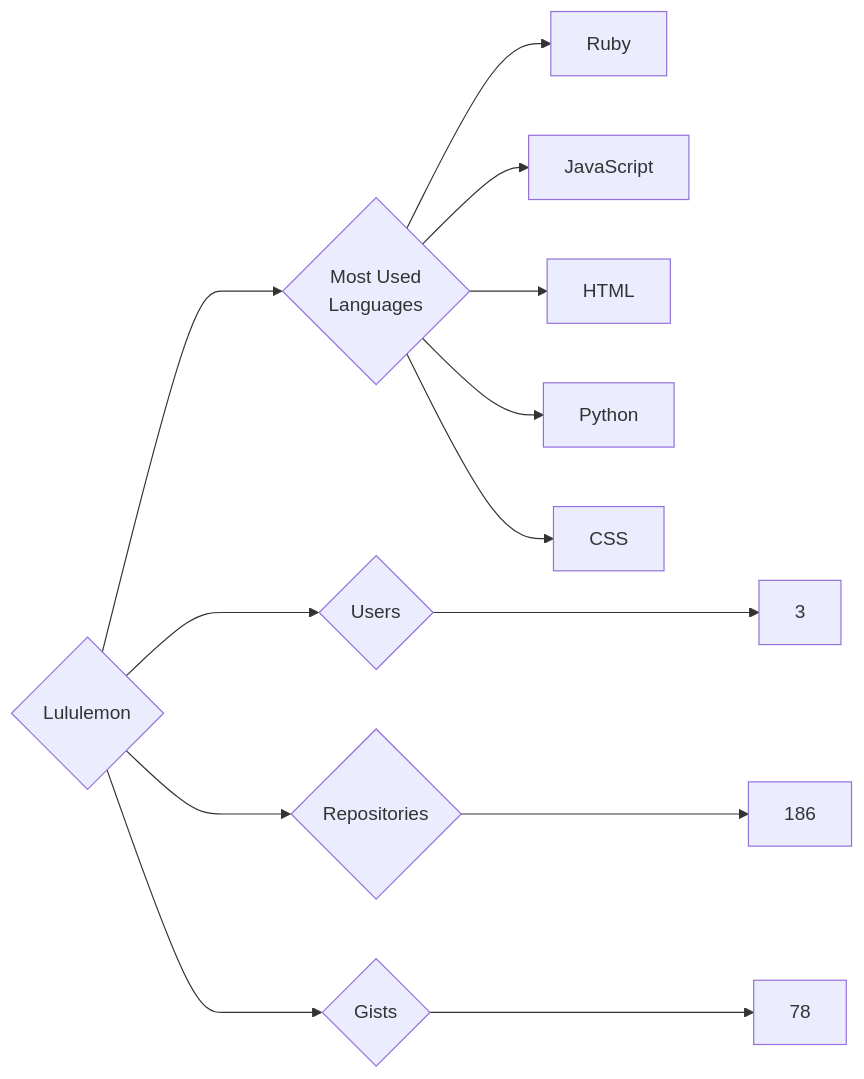
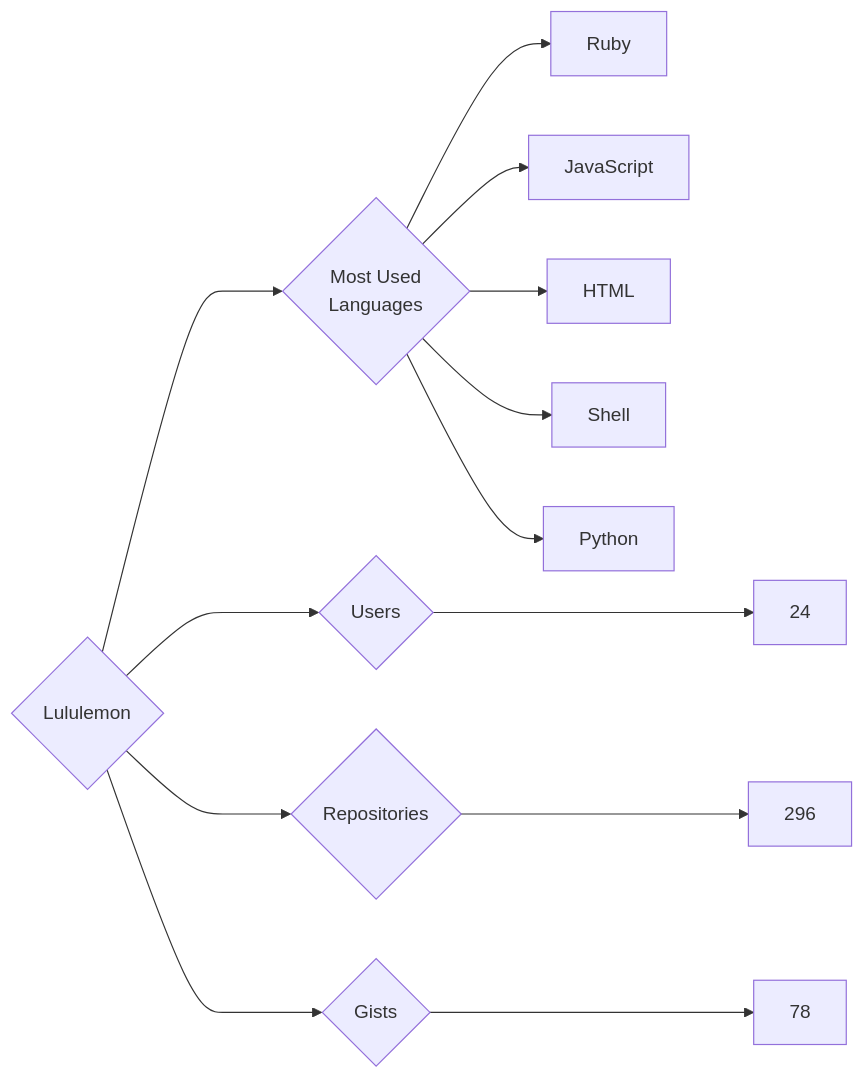
The diagram in targets/Lululemon/README.md (trickest/insiders), drawn with Mermaid before and after one commit. The commit also changed 927 other files, not shown here.

````diff
--- a/targets/Lululemon/README.md
+++ b/targets/Lululemon/README.md
@@ -3,13 +3,13 @@
 ```mermaid
 graph LR
 COMPANY_NAME{Lululemon}
-COMPANY_NAME ---> U{Users} ---> UN[3]
-COMPANY_NAME ---> R{Repositories} ---> RN[186]
+COMPANY_NAME ---> U{Users} ---> UN[24]
+COMPANY_NAME ---> R{Repositories} ---> RN[296]
 COMPANY_NAME ---> G{Gists} ---> GN[78]
 COMPANY_NAME ---> ML{Most Used<br>Languages}
 ML --> Ruby[Ruby]
 ML --> JavaScript[JavaScript]
 ML --> HTML[HTML]
+ML --> Shell[Shell]
 ML --> Python[Python]
-ML --> CSS[CSS]
 ```
````
